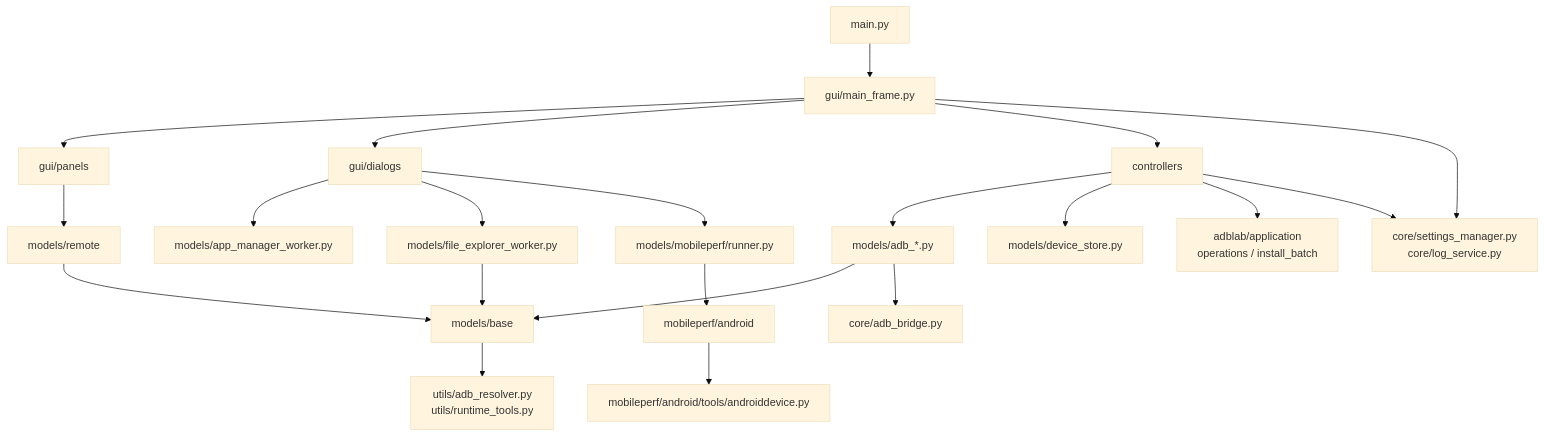
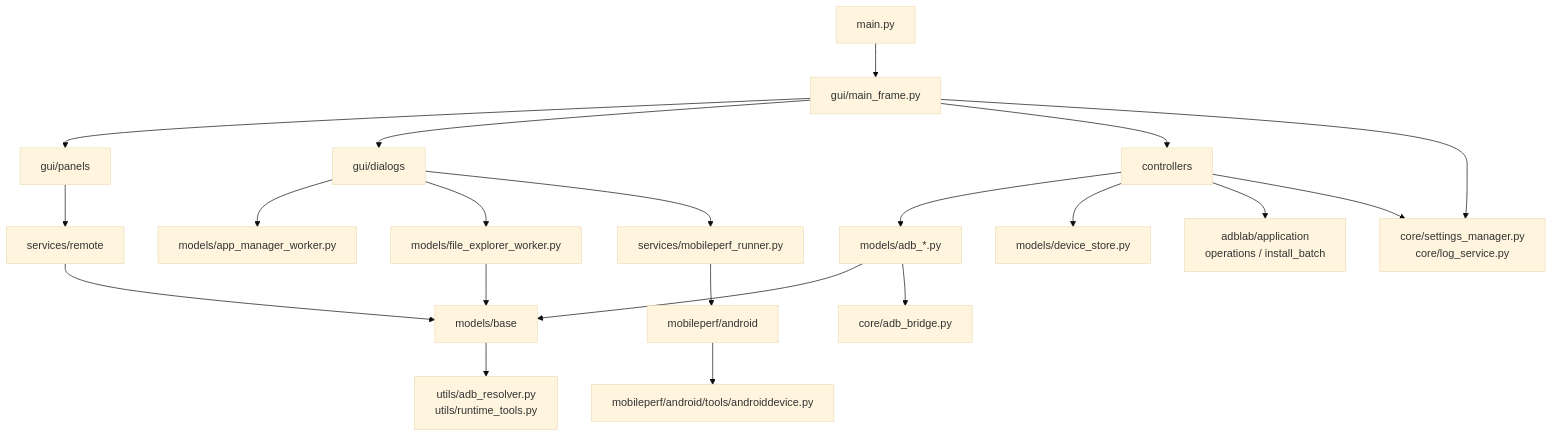
The first of 2 diagrams in docs/project-knowledge/DEPENDENCY_MAP.md (BlackHu-art/ADBLab), drawn with Mermaid (base theme) before and after one commit. The commit also changed other lines of this file and 30 other files, not shown here.

````diff
--- a/docs/project-knowledge/DEPENDENCY_MAP.md
+++ b/docs/project-knowledge/DEPENDENCY_MAP.md
@@ -17,23 +17,23 @@
 ```mermaid
 flowchart TD
     Main["main.py"] --> GUI["gui/main_frame.py"]
     GUI --> Panels["gui/panels"]
     GUI --> Dialogs["gui/dialogs"]
     GUI --> Controllers["controllers"]
     Controllers --> ADBModels["models/adb_*.py"]
     Controllers --> Store["models/device_store.py"]
     Controllers --> UseCases["adblab/application<br/>operations / install_batch"]
-    Panels --> Remote["models/remote"]
+    Panels --> Remote["services/remote"]
     Dialogs --> AppWorker["models/app_manager_worker.py"]
     Dialogs --> FileWorker["models/file_explorer_worker.py"]
-    Dialogs --> MobileAdapter["models/mobileperf/runner.py"]
+    Dialogs --> MobileAdapter["services/mobileperf_runner.py"]
     ADBModels --> Base["models/base"]
     Remote --> Base
     FileWorker --> Base
     ADBModels --> Bridge["core/adb_bridge.py"]
     GUI --> Infra["core/settings_manager.py<br/>core/log_service.py"]
     Controllers --> Infra
     MobileAdapter --> MobileCore["mobileperf/android"]
     Base --> Utils["utils/adb_resolver.py<br/>utils/runtime_tools.py"]
     MobileCore --> MobileADB["mobileperf/android/tools/androiddevice.py"]
 ```
````
